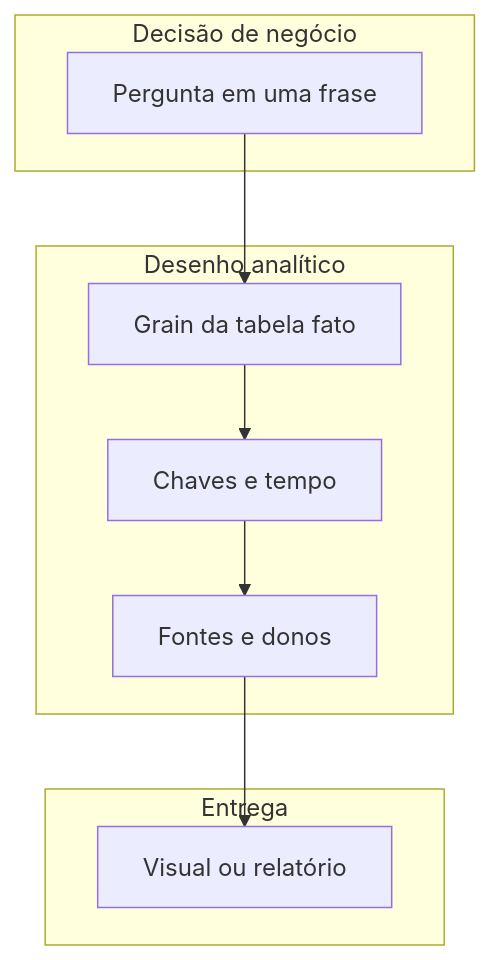
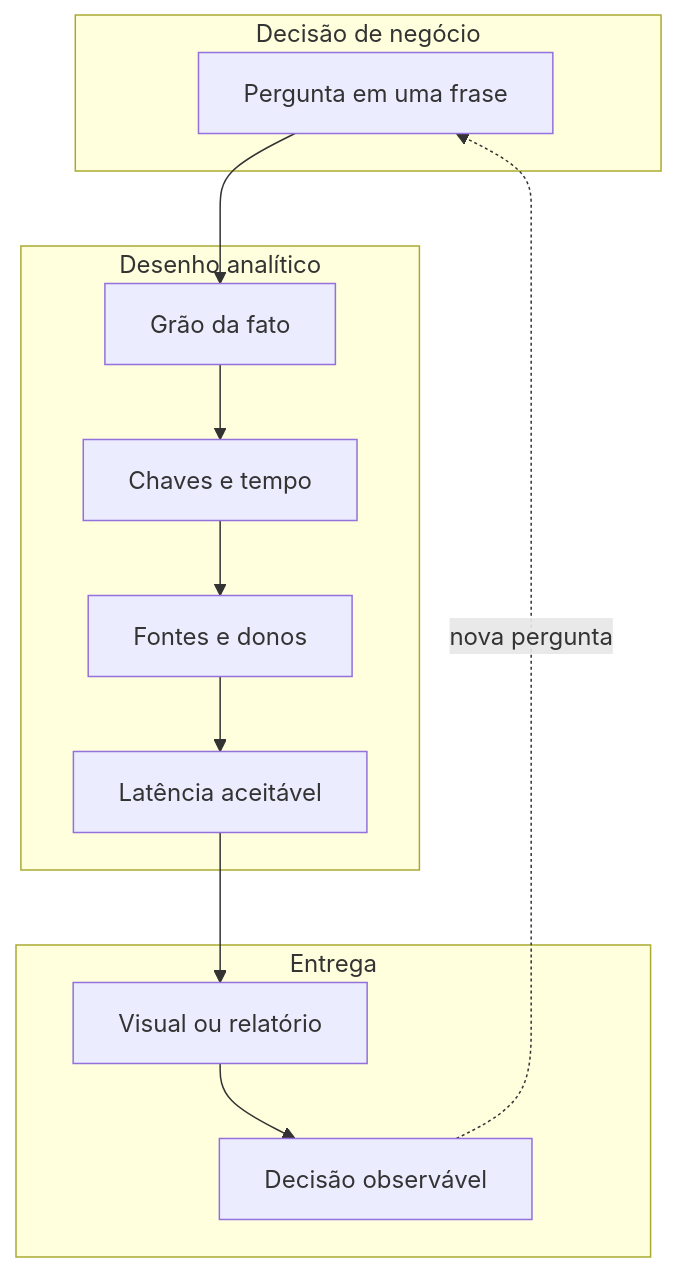
One commit to cleberhensel/logisticon-academy changed the diagram in aulas/trilha-dados-analytics-logistica/modulo-01-data-analytics-para-logistica/aula-01-do-problema-ao-dataset.md. Above: the diagram before and after it, drawn with Mermaid. The commit also changed other lines of this file and 122 other files, not shown here.

````diff
--- a/aulas/trilha-dados-analytics-logistica/modulo-01-data-analytics-para-logistica/aula-01-do-problema-ao-dataset.md
+++ b/aulas/trilha-dados-analytics-logistica/modulo-01-data-analytics-para-logistica/aula-01-do-problema-ao-dataset.md
@@ -32,18 +74,18 @@
 ```mermaid
 flowchart TD
   subgraph decisao["Decisão de negócio"]
     Q[Pergunta em uma frase]
   end
   subgraph desenho["Desenho analítico"]
-    G[Grain da tabela fato]
+    G[Grão da fato]
     K[Chaves e tempo]
     F[Fontes e donos]
+    L[Latência aceitável]
   end
   subgraph entrega["Entrega"]
     V[Visual ou relatório]
+    D[Decisão observável]
   end
-  Q --> G
-  G --> K
-  K --> F
-  F --> V
+  Q --> G --> K --> F --> L --> V --> D
+  D -. nova pergunta .-> Q
 ```
````
